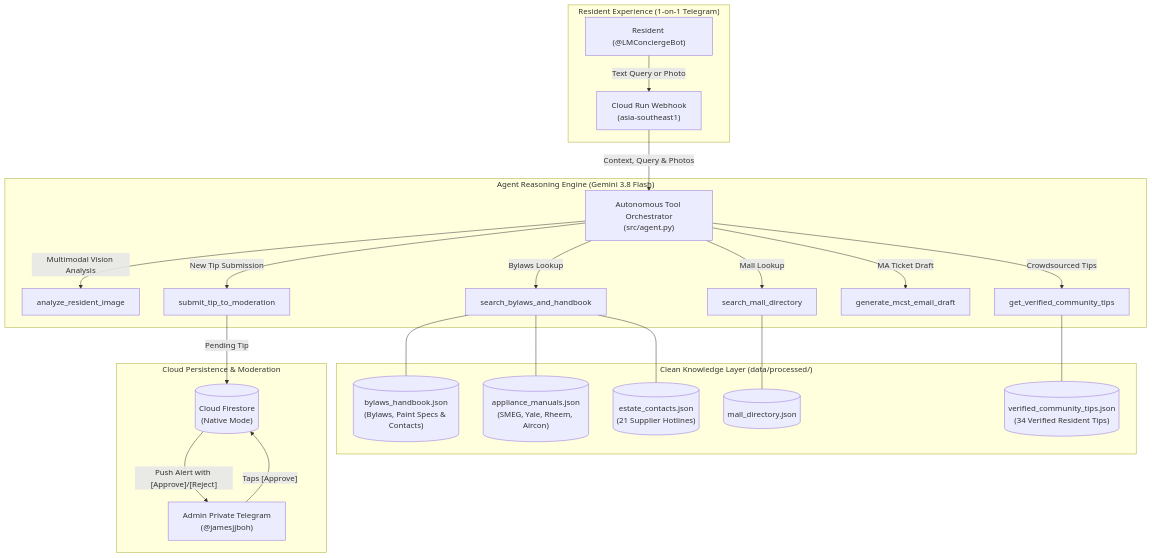
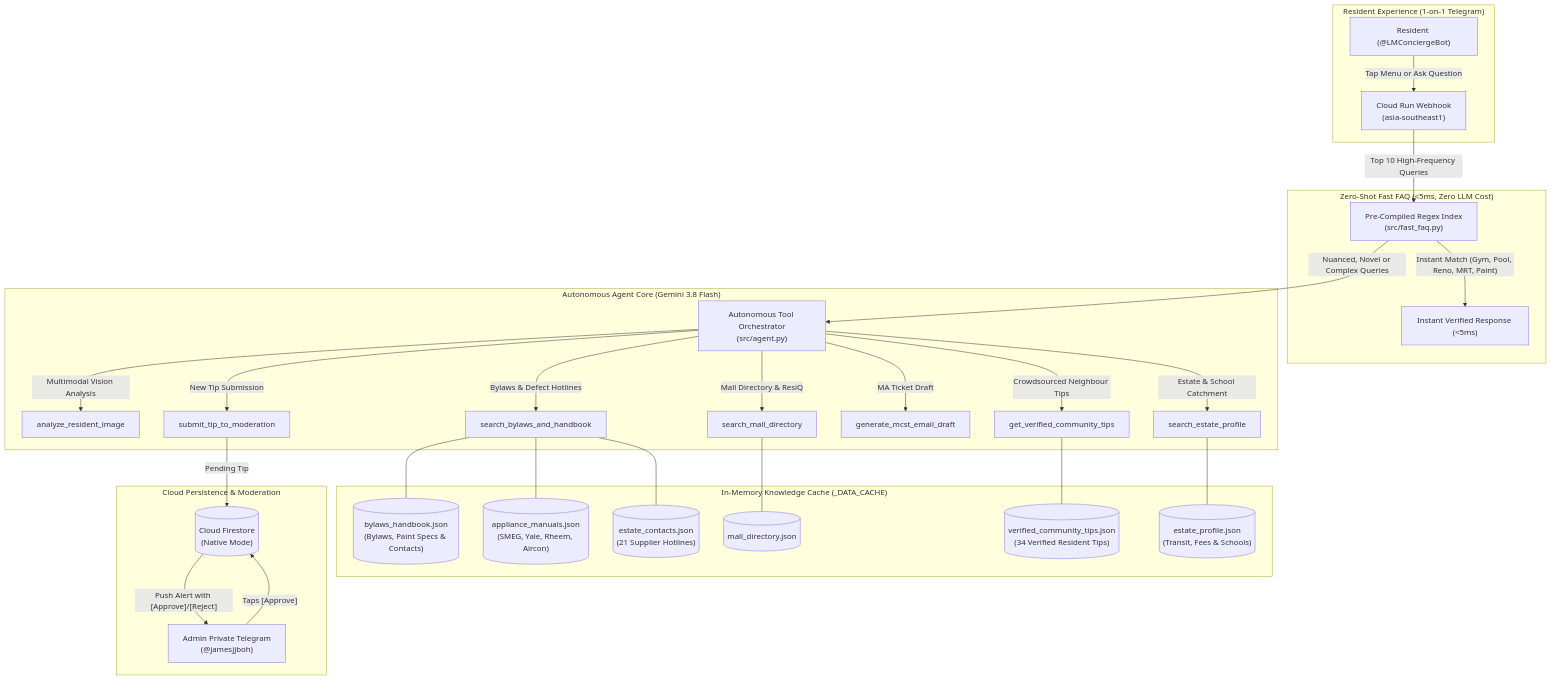
One commit to Jamesjjboh/Lentor-Modern-Concierge changed the diagram in README.md. Above: the diagram before and after it, drawn with Mermaid. The commit also changed other lines of this file and 6 other files, not shown here.

Commit message:
feat: optimize response latency with zero-shot Fast FAQ cache, concurrent Telegram callback processing, non-blocking Firestore logging, and in-memory knowledge caching

````diff
--- a/README.md
+++ b/README.md
@@ -28,30 +28,37 @@
 ```mermaid
 flowchart TD
     subgraph ResidentExperience["Resident Experience (1-on-1 Telegram)"]
-        User["Resident (@LMConciergeBot)"] -->|"Text Query or Photo"| Webhook["Cloud Run Webhook<br/>(asia-southeast1)"]
+        User["Resident (@LMConciergeBot)"] -->|"Tap Menu or Ask Question"| Webhook["Cloud Run Webhook<br/>(asia-southeast1)"]
     end
 
-    subgraph AgentCore["Agent Reasoning Engine (Gemini 3.8 Flash)"]
-        Webhook -->|"Context, Query & Photos"| Agent["Autonomous Tool Orchestrator<br/>(src/agent.py)"]
+    subgraph FastPath["Zero-Shot Fast FAQ (<5ms, Zero LLM Cost)"]
+        Webhook -->|"Top 10 High-Frequency Queries"| FastFAQ["Pre-Compiled Regex Index<br/>(src/fast_faq.py)"]
+        FastFAQ -->|"Instant Match (Gym, Pool, Reno, MRT, Paint)"| QuickReturn["Instant Verified Response (<5ms)"]
+    end
+
+    subgraph AgentCore["Autonomous Agent Core (Gemini 3.8 Flash)"]
+        FastFAQ -->|"Nuanced, Novel or Complex Queries"| Agent["Autonomous Tool Orchestrator<br/>(src/agent.py)"]
         Agent -->|"Multimodal Vision Analysis"| Vision["analyze_resident_image"]
-        Agent -->|"Bylaws Lookup"| Tool1["search_bylaws_and_handbook"]
-        Agent -->|"Mall Lookup"| Tool2["search_mall_directory"]
-        Agent -->|"Crowdsourced Tips"| Tool3["get_verified_community_tips"]
+        Agent -->|"Bylaws & Defect Hotlines"| Tool1["search_bylaws_and_handbook"]
+        Agent -->|"Mall Directory & ResiQ"| Tool2["search_mall_directory"]
+        Agent -->|"Crowdsourced Neighbour Tips"| Tool3["get_verified_community_tips"]
         Agent -->|"MA Ticket Draft"| Tool4["generate_mcst_email_draft"]
         Agent -->|"New Tip Submission"| Tool5["submit_tip_to_moderation"]
+        Agent -->|"Estate & School Catchment"| Tool7["search_estate_profile"]
     end
 
-    subgraph KnowledgeData["Clean Knowledge Layer (data/processed/)"]
+    subgraph KnowledgeData["In-Memory Knowledge Cache (_DATA_CACHE)"]
         Tool1 --- K1[("bylaws_handbook.json<br/>(Bylaws, Paint Specs & Contacts)")]
         Tool1 --- K4[("appliance_manuals.json<br/>(SMEG, Yale, Rheem, Aircon)")]
         Tool1 --- K5[("estate_contacts.json<br/>(21 Supplier Hotlines)")]
         Tool2 --- K2[("mall_directory.json")]
         Tool3 --- K3[("verified_community_tips.json<br/>(34 Verified Resident Tips)")]
+        Tool7 --- K6[("estate_profile.json<br/>(Transit, Fees & Schools)")]
     end
 
     subgraph DatabaseLayer["Cloud Persistence & Moderation"]
         Tool5 -->|"Pending Tip"| Firestore[("Cloud Firestore<br/>(Native Mode)")]
         Firestore -->|"Push Alert with [Approve]/[Reject]"| Admin["Admin Private Telegram<br/>(@jamesjjboh)"]
         Admin -->|"Taps [Approve]"| Firestore
     end
 ```
````
